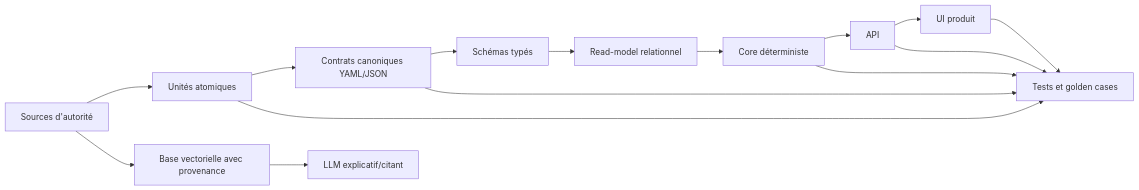
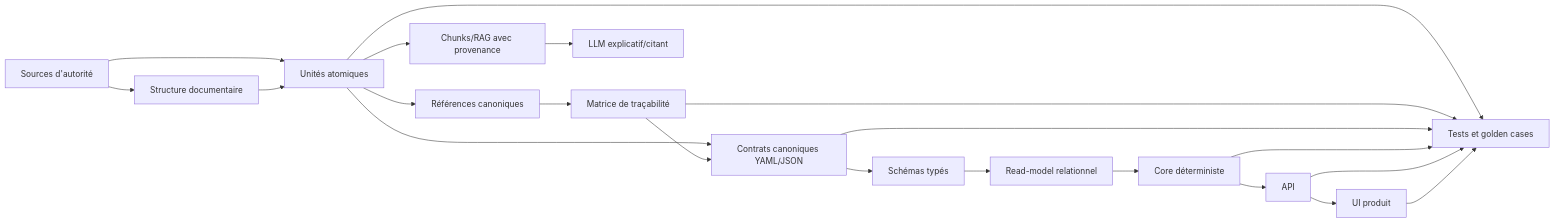
Before and after one commit to decarvalhoe/NOMOS: the diagram in README.md, drawn with Mermaid. The commit also changed other lines of this file and 10 other files, not shown here.

````diff
--- a/README.md
+++ b/README.md
@@ -15,17 +15,23 @@
 ```mermaid
 flowchart LR
   S["Sources d'autorité"] --> U["Unités atomiques"]
+  S --> DS["Structure documentaire"]
+  DS --> U
+  U --> R["Références canoniques"]
   U --> C["Contrats canoniques YAML/JSON"]
   C --> SC["Schémas typés"]
   SC --> DB["Read-model relationnel"]
-  S --> VS["Base vectorielle avec provenance"]
+  R --> M["Matrice de traçabilité"]
+  M --> C
+  U --> VS["Chunks/RAG avec provenance"]
   DB --> CORE["Core déterministe"]
   VS --> LLM["LLM explicatif/citant"]
   CORE --> API["API"]
   API --> UI["UI produit"]
   U --> T["Tests et golden cases"]
+  M --> T
   C --> T
   CORE --> T
   API --> T
   UI --> T
 ```
````
